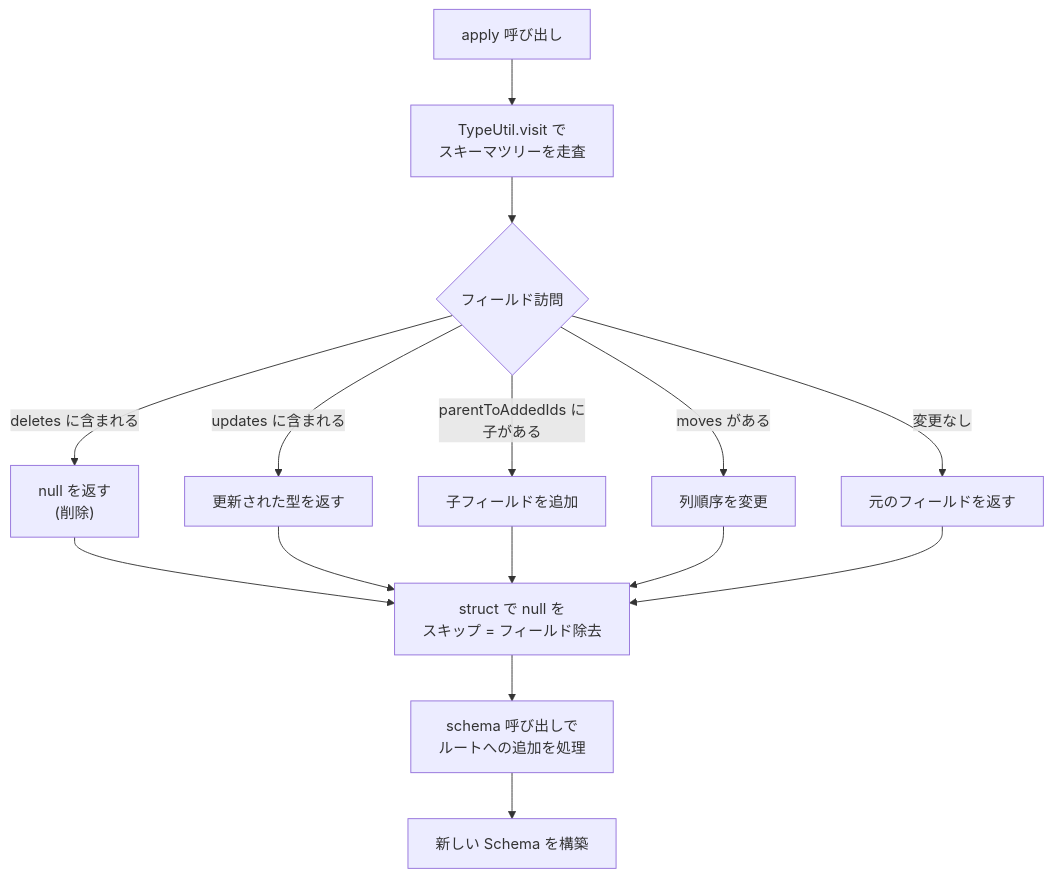
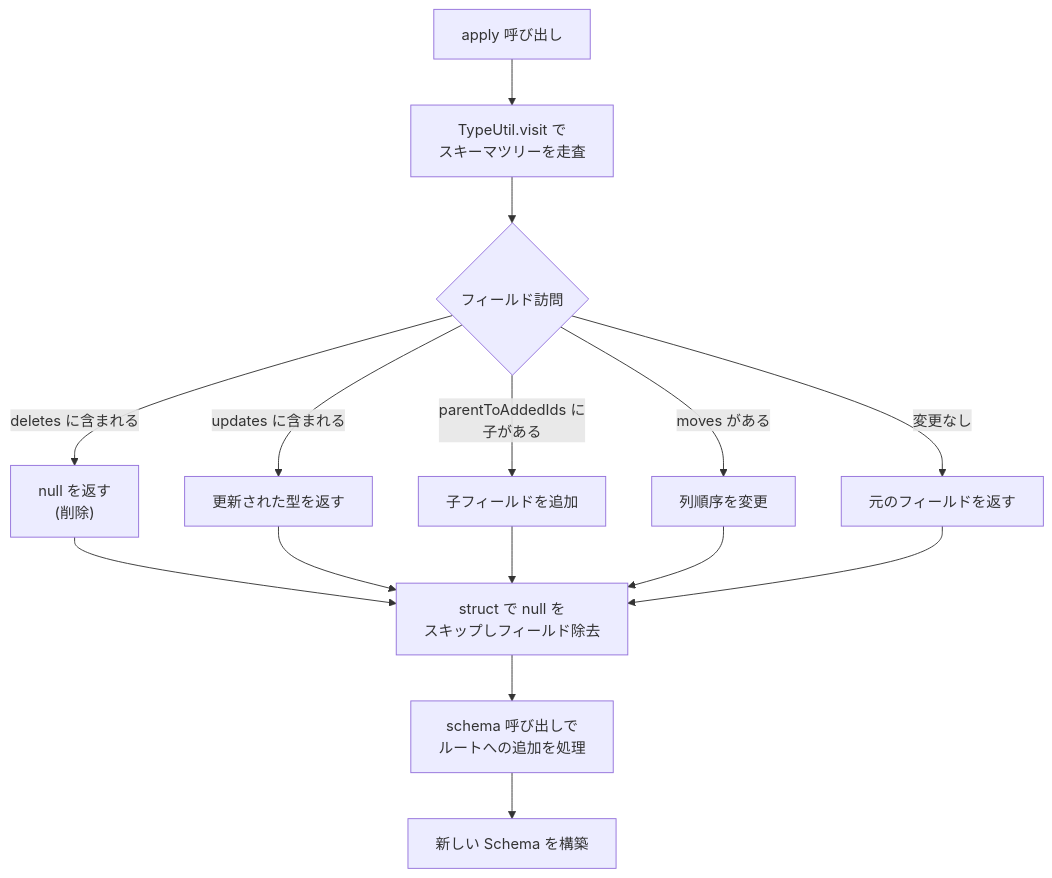
The first of 2 diagrams in iceberg/part01-type-and-schema/04-schema-evolution.md (miyamadoKL/source-code-reading), drawn with Mermaid before and after one commit.

Commit message:
iceberg: ch04 Mermaid 図のノードラベルをクォートで囲み = 記号を除去

````diff
--- a/iceberg/part01-type-and-schema/04-schema-evolution.md
+++ b/iceberg/part01-type-and-schema/04-schema-evolution.md
@@ -384,17 +384,17 @@
 ```mermaid
 flowchart TD
-    A[apply 呼び出し] --> B[TypeUtil.visit で<br/>スキーマツリーを走査]
-    B --> C{フィールド訪問}
+    A["apply 呼び出し"] --> B["TypeUtil.visit で<br/>スキーマツリーを走査"]
+    B --> C{"フィールド訪問"}
     C -->|deletes に含まれる| D["null を返す<br/>(削除)"]
-    C -->|updates に含まれる| E[更新された型を返す]
-    C -->|parentToAddedIds に<br/>子がある| F[子フィールドを追加]
-    C -->|moves がある| G[列順序を変更]
-    C -->|変更なし| H[元のフィールドを返す]
-    D --> I[struct で null を<br/>スキップ = フィールド除去]
+    C -->|updates に含まれる| E["更新された型を返す"]
+    C -->|parentToAddedIds に<br/>子がある| F["子フィールドを追加"]
+    C -->|moves がある| G["列順序を変更"]
+    C -->|変更なし| H["元のフィールドを返す"]
+    D --> I["struct で null を<br/>スキップしフィールド除去"]
     E --> I
     F --> I
     G --> I
     H --> I
-    I --> J[schema 呼び出しで<br/>ルートへの追加を処理]
-    J --> K[新しい Schema を構築]
+    I --> J["schema 呼び出しで<br/>ルートへの追加を処理"]
+    J --> K["新しい Schema を構築"]
 ```
````
